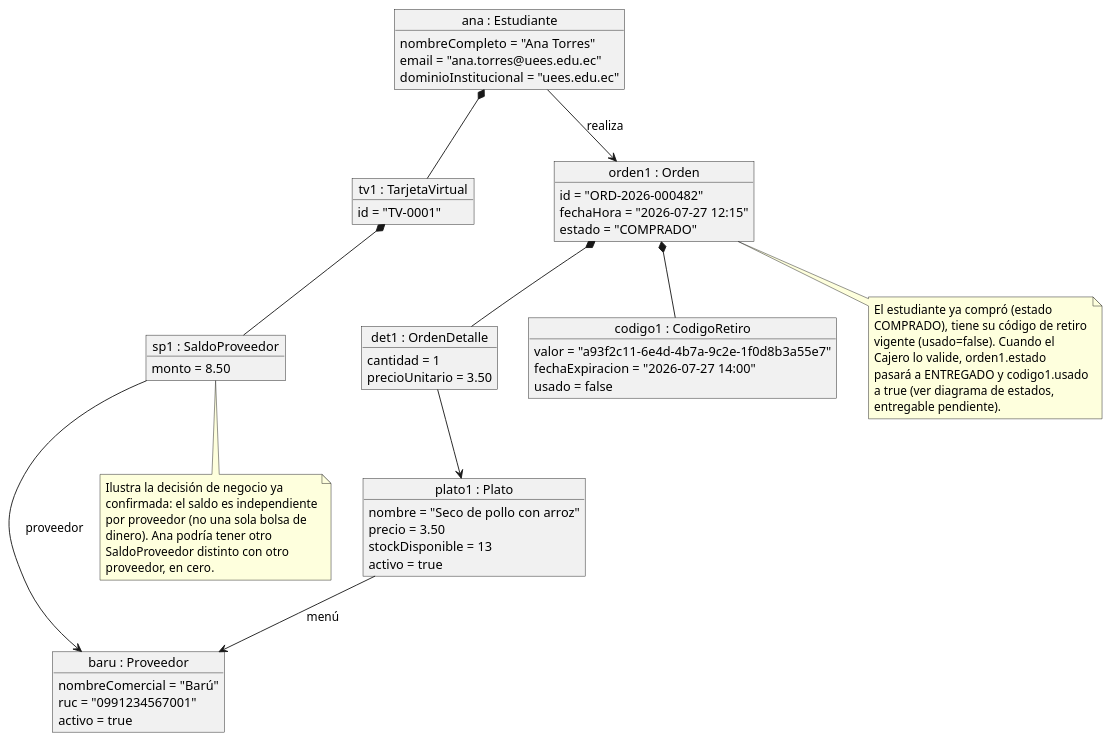
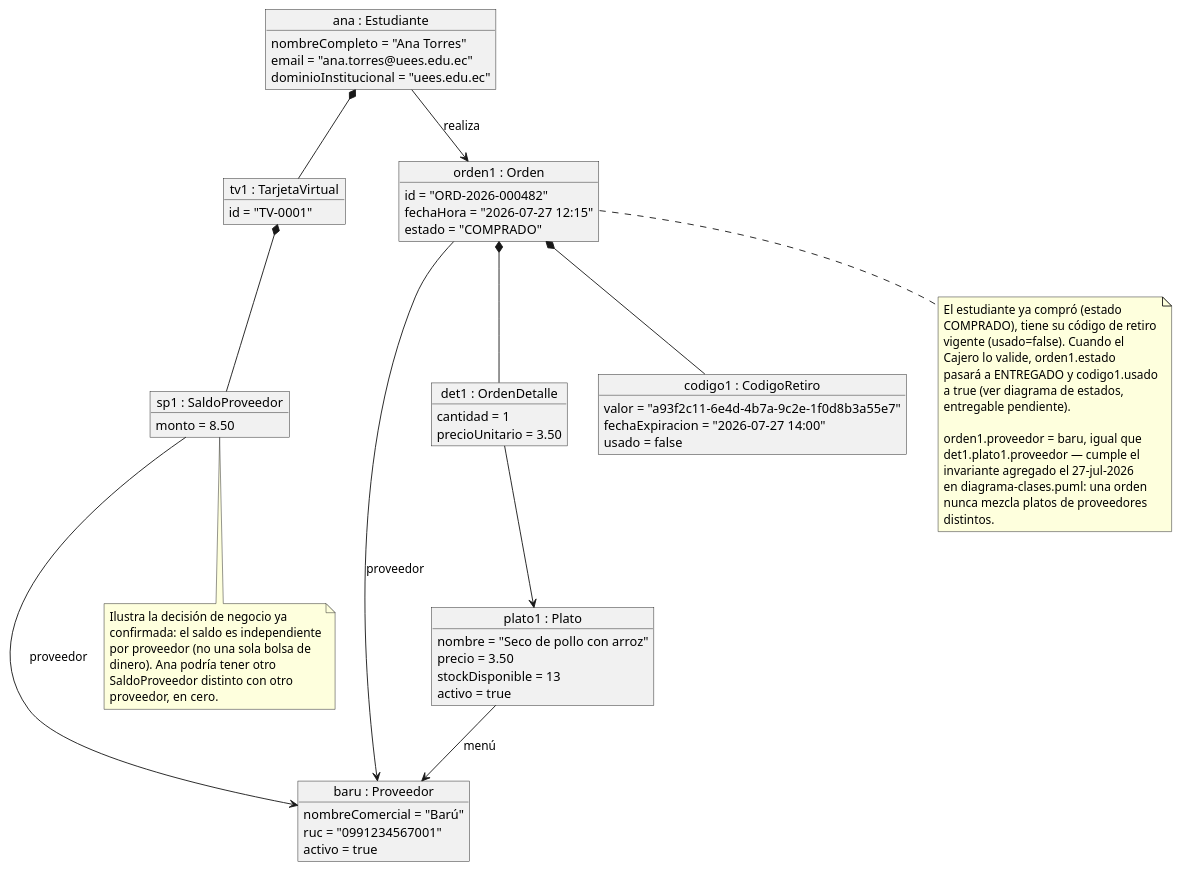
Before and after one commit to Jesus-JB/aliflow: the diagram in uml/objeto-billetera-orden.puml, drawn with PlantUML. The commit also changed 11 other files, not shown here.

```diff
--- a/uml/objeto-billetera-orden.puml
+++ b/uml/objeto-billetera-orden.puml
@@ -1,77 +1,85 @@
 @startuml objeto-billetera-orden-aliflow
 
 skinparam packageStyle rectangle
 
 object "baru : Proveedor" as baru {
   nombreComercial = "Barú"
   ruc = "0991234567001"
   activo = true
 }
 
 object "plato1 : Plato" as plato1 {
   nombre = "Seco de pollo con arroz"
   precio = 3.50
   stockDisponible = 13
   activo = true
 }
 
 object "ana : Estudiante" as ana {
   nombreCompleto = "Ana Torres"
   email = "ana.torres@uees.edu.ec"
   dominioInstitucional = "uees.edu.ec"
 }
 
 object "tv1 : TarjetaVirtual" as tv1 {
   id = "TV-0001"
 }
 
 object "sp1 : SaldoProveedor" as sp1 {
   monto = 8.50
 }
 
 object "orden1 : Orden" as orden1 {
   id = "ORD-2026-000482"
   fechaHora = "2026-07-27 12:15"
   estado = "COMPRADO"
 }
 
 object "det1 : OrdenDetalle" as det1 {
   cantidad = 1
   precioUnitario = 3.50
 }
 
 object "codigo1 : CodigoRetiro" as codigo1 {
   valor = "a93f2c11-6e4d-4b7a-9c2e-1f0d8b3a55e7"
   fechaExpiracion = "2026-07-27 14:00"
   usado = false
 }
 
 ana *-- tv1
 tv1 *-- sp1
 sp1 --> baru : proveedor
 ana --> orden1 : realiza
+orden1 --> baru : proveedor
 orden1 *-- det1
 det1 --> plato1
 plato1 --> baru : menú
 orden1 *-- codigo1
 
 note bottom of sp1
   Ilustra la decisión de negocio ya
   confirmada: el saldo es independiente
   por proveedor (no una sola bolsa de
   dinero). Ana podría tener otro
   SaldoProveedor distinto con otro
   proveedor, en cero.
 end note
 
 note bottom of orden1
   El estudiante ya compró (estado
   COMPRADO), tiene su código de retiro
   vigente (usado=false). Cuando el
   Cajero lo valide, orden1.estado
   pasará a ENTREGADO y codigo1.usado
   a true (ver diagrama de estados,
   entregable pendiente).
+
+  orden1.proveedor = baru, igual que
+  det1.plato1.proveedor — cumple el
+  invariante agregado el 27-jul-2026
+  en diagrama-clases.puml: una orden
+  nunca mezcla platos de proveedores
+  distintos.
 end note
 
 @enduml
```
